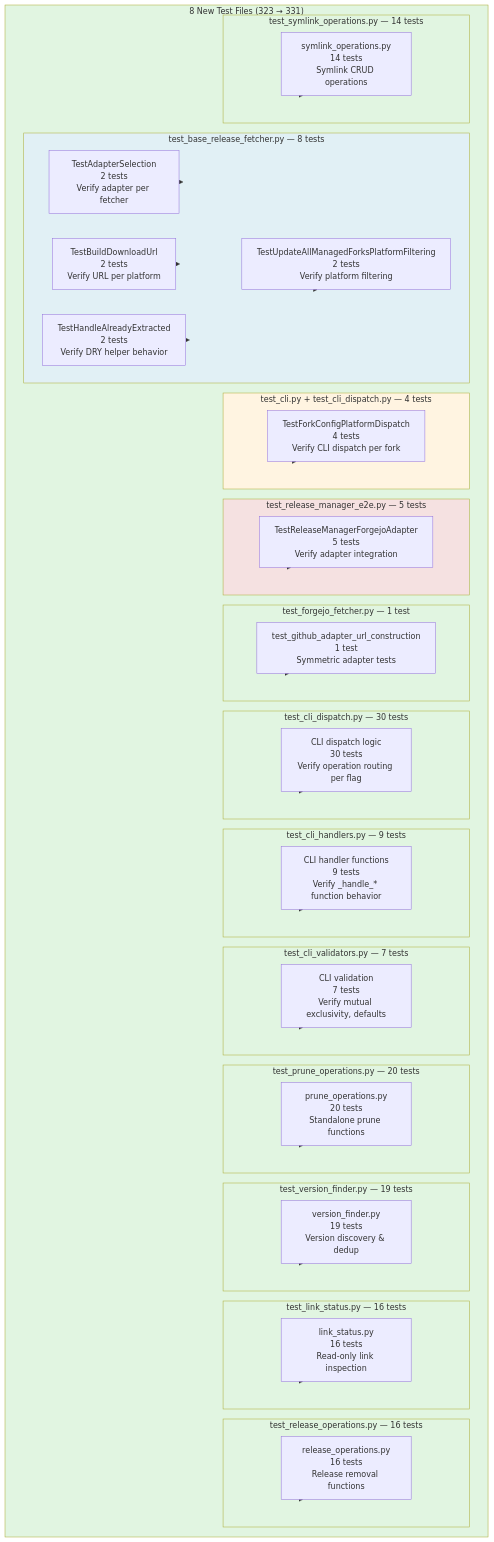
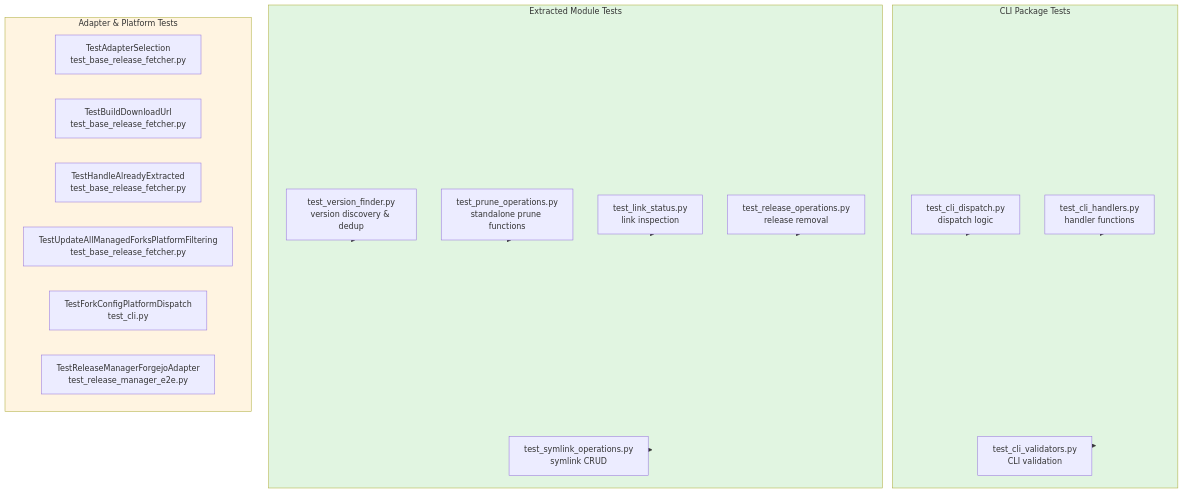
Diagram 16 of 16 in tests/TEST_DESIGN.md (WombatFromHell/protonge-fetcher), drawn with Mermaid before and after one commit. The commit also changed other lines of this file and 1 other file, not shown here.

````diff
--- a/tests/TEST_DESIGN.md
+++ b/tests/TEST_DESIGN.md
@@ -729,85 +720,38 @@
 ```mermaid
 graph TB
-    subgraph NEW_CLASSES["8 New Test Files (323 → 331)"]
-        subgraph BASE_TESTS["test_base_release_fetcher.py — 8 tests"]
-            AT["TestAdapterSelection<br/>2 tests<br/>Verify adapter per fetcher"]
-            BD["TestBuildDownloadUrl<br/>2 tests<br/>Verify URL per platform"]
-            HA["TestHandleAlreadyExtracted<br/>2 tests<br/>Verify DRY helper behavior"]
-            UF["TestUpdateAllManagedForksPlatformFiltering<br/>2 tests<br/>Verify platform filtering"]
-        end
-
-        subgraph CLI_TESTS["test_cli.py + test_cli_dispatch.py — 4 tests"]
-            FD["TestForkConfigPlatformDispatch<br/>4 tests<br/>Verify CLI dispatch per fork"]
-        end
-
-        subgraph RM_TESTS["test_release_manager_e2e.py — 5 tests"]
-            RA["TestReleaseManagerForgejoAdapter<br/>5 tests<br/>Verify adapter integration"]
-        end
-
-        subgraph FJ_TESTS["test_forgejo_fetcher.py — 1 test"]
-            GA["test_github_adapter_url_construction<br/>1 test<br/>Symmetric adapter tests"]
-        end
-
-        subgraph CLI_SPLIT["test_cli_dispatch.py — 30 tests"]
-            CD["CLI dispatch logic<br/>30 tests<br/>Verify operation routing per flag"]
-        end
-
-        subgraph CLI_HANDLERS["test_cli_handlers.py — 9 tests"]
-            CH["CLI handler functions<br/>9 tests<br/>Verify _handle_* function behavior"]
-        end
-
-        subgraph CLI_VALIDATORS["test_cli_validators.py — 7 tests"]
-            CV["CLI validation<br/>7 tests<br/>Verify mutual exclusivity, defaults"]
-        end
-
-        subgraph PRUNE_OPS["test_prune_operations.py — 20 tests"]
-            PO["prune_operations.py<br/>20 tests<br/>Standalone prune functions"]
-        end
-
-        subgraph VERSION["test_version_finder.py — 19 tests"]
-            VF["version_finder.py<br/>19 tests<br/>Version discovery & dedup"]
-        end
-
-        subgraph LINK_STATUS["test_link_status.py — 16 tests"]
-            LS["link_status.py<br/>16 tests<br/>Read-only link inspection"]
-        end
-
-        subgraph RELEASE_OPS["test_release_operations.py — 16 tests"]
-            RO["release_operations.py<br/>16 tests<br/>Release removal functions"]
-        end
-
-        subgraph SYMLINK_OPS["test_symlink_operations.py — 14 tests"]
-            SO["symlink_operations.py<br/>14 tests<br/>Symlink CRUD operations"]
-        end
+    subgraph CLI_SPLIT["CLI Package Tests"]
+        CD["test_cli_dispatch.py<br/>dispatch logic"]
+        CH["test_cli_handlers.py<br/>handler functions"]
+        CV["test_cli_validators.py<br/>CLI validation"]
     end
 
-    AT --> BASE_TESTS
-    BD --> BASE_TESTS
-    HA --> BASE_TESTS
-    UF --> BASE_TESTS
-    FD --> CLI_TESTS
-    RA --> RM_TESTS
-    GA --> FJ_TESTS
+    subgraph EXTRACTED_TESTS["Extracted Module Tests"]
+        TVF["test_version_finder.py<br/>version discovery & dedup"]
+        TPO["test_prune_operations.py<br/>standalone prune functions"]
+        TLS["test_link_status.py<br/>link inspection"]
+        TRO["test_release_operations.py<br/>release removal"]
+        TSO["test_symlink_operations.py<br/>symlink CRUD"]
+    end
+
+    subgraph ADAPTER_TESTS["Adapter & Platform Tests"]
+        AT["TestAdapterSelection<br/>test_base_release_fetcher.py"]
+        BD["TestBuildDownloadUrl<br/>test_base_release_fetcher.py"]
+        HA["TestHandleAlreadyExtracted<br/>test_base_release_fetcher.py"]
+        UF["TestUpdateAllManagedForksPlatformFiltering<br/>test_base_release_fetcher.py"]
+        FD["TestForkConfigPlatformDispatch<br/>test_cli.py"]
+        RA["TestReleaseManagerForgejoAdapter<br/>test_release_manager_e2e.py"]
+    end
+
     CD --> CLI_SPLIT
-    CH --> CLI_HANDLERS
-    CV --> CLI_VALIDATORS
-    PO --> PRUNE_OPS
-    VF --> VERSION
-    LS --> LINK_STATUS
-    RO --> RELEASE_OPS
-    SO --> SYMLINK_OPS
+    CH --> CLI_SPLIT
+    CV --> CLI_SPLIT
+    TVF --> EXTRACTED_TESTS
+    TPO --> EXTRACTED_TESTS
+    TLS --> EXTRACTED_TESTS
+    TRO --> EXTRACTED_TESTS
+    TSO --> EXTRACTED_TESTS
 
-    style NEW_CLASSES fill:#e1f5e1
-    style BASE_TESTS fill:#e1f0f5
-    style CLI_TESTS fill:#fff4e1
-    style RM_TESTS fill:#f5e1e1
-    style FJ_TESTS fill:#e1f5e1
     style CLI_SPLIT fill:#e1f5e1
-    style CLI_HANDLERS fill:#e1f5e1
-    style CLI_VALIDATORS fill:#e1f5e1
-    style PRUNE_OPS fill:#e1f5e1
-    style VERSION fill:#e1f5e1
-    style LINK_STATUS fill:#e1f5e1
-    style RELEASE_OPS fill:#e1f5e1
-    style SYMLINK_OPS fill:#e1f5e1
+    style EXTRACTED_TESTS fill:#e1f5e1
+    style ADAPTER_TESTS fill:#fff4e1
 ```
````
